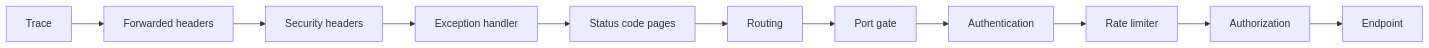
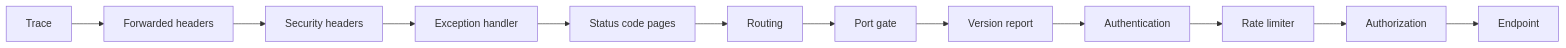
The diagram in docs/reference/http-api.md (RostomOhannessian/full-ci-cd-pipeline), drawn with Mermaid before and after one commit. The commit also changed other lines of this file and 16 other files, not shown here.

````diff
--- a/docs/reference/http-api.md
+++ b/docs/reference/http-api.md
@@ -35,6 +36,6 @@
 ```mermaid
 flowchart LR
   accTitle: The order of the middleware of the API
-  accDescr: A request passes the trace, the forwarded headers, the security headers, the exception handler, the status code pages, routing, the port gate, authentication, the rate limiter, and authorization before it reaches an endpoint.
-  A[Trace] --> B[Forwarded headers] --> C[Security headers] --> D[Exception handler] --> E[Status code pages] --> F[Routing] --> G[Port gate] --> H[Authentication] --> I[Rate limiter] --> J[Authorization] --> K[Endpoint]
+  accDescr: A request passes the trace, the forwarded headers, the security headers, the exception handler, the status code pages, routing, the port gate, the version report, authentication, the rate limiter, and authorization before it reaches an endpoint.
+  A[Trace] --> B[Forwarded headers] --> C[Security headers] --> D[Exception handler] --> E[Status code pages] --> F[Routing] --> G[Port gate] --> V[Version report] --> H[Authentication] --> I[Rate limiter] --> J[Authorization] --> K[Endpoint]
 ```
````
